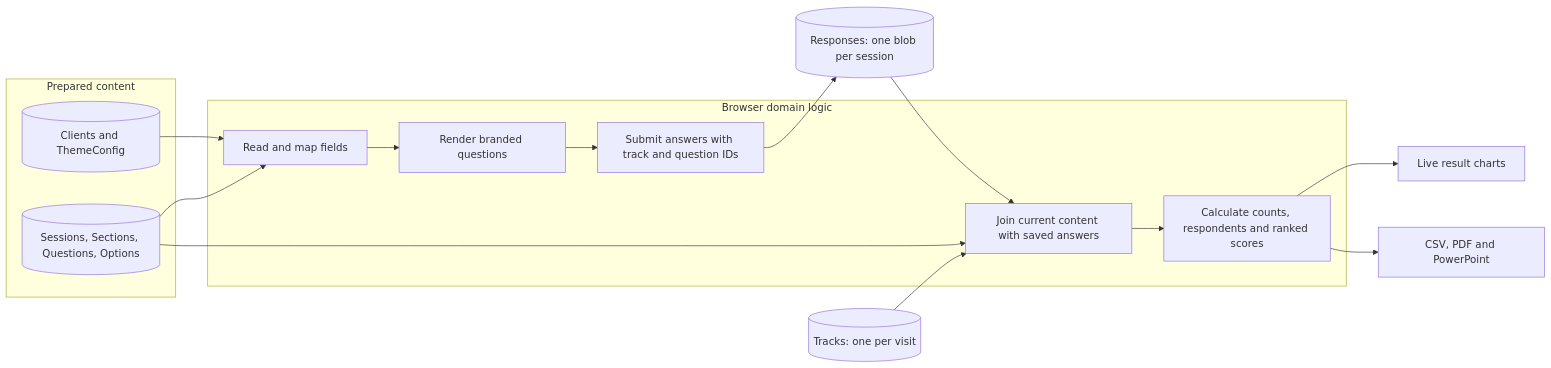
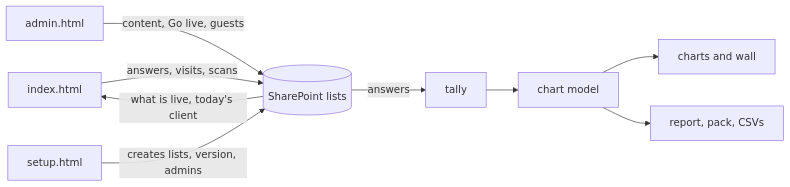
Before and after one commit to satyagames/pursuit-managed-services: the diagram in README.md, drawn with Mermaid. The commit also changed other lines of this file and 25 other files, not shown here.

````diff
--- a/README.md
+++ b/README.md
@@ -304,25 +64,9 @@
 ```mermaid
 flowchart LR
-   subgraph Content[Prepared content]
-      Clients[(Clients and ThemeConfig)]
-      Structure[(Sessions, Sections, Questions, Options)]
-   end
-   subgraph Interaction[Browser domain logic]
-      Read[Read and map fields]
-      Screen[Render branded questions]
-      Submit[Submit answers with track and question IDs]
-      Join[Join current content with saved answers]
-      Tally[Calculate counts, respondents and ranked scores]
-   end
-   Clients --> Read
-   Structure --> Read
-   Read --> Screen
-   Screen --> Submit
-   Submit --> Responses[(Responses: one blob per session)]
-   Tracks[(Tracks: one per visit)] --> Join
-   Structure --> Join
-   Responses --> Join
-   Join --> Tally
-   Tally --> Charts[Live result charts]
-   Tally --> Files[CSV, PDF and PowerPoint]
+  P[index.html] -- answers, visits, scans --> L[(SharePoint lists)]
+  A[admin.html] -- content, Go live, guests --> L
+  S[setup.html] -- creates lists, version, admins --> L
+  L -- what is live, today's client --> P
+  L -- answers --> T[tally] --> M[chart model] --> C[charts and wall]
+  M --> F[report, pack, CSVs]
 ```
````
